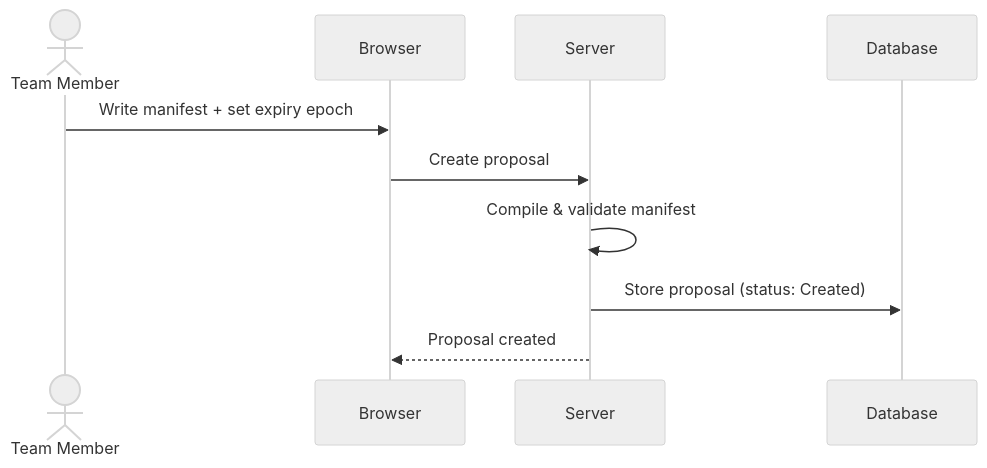
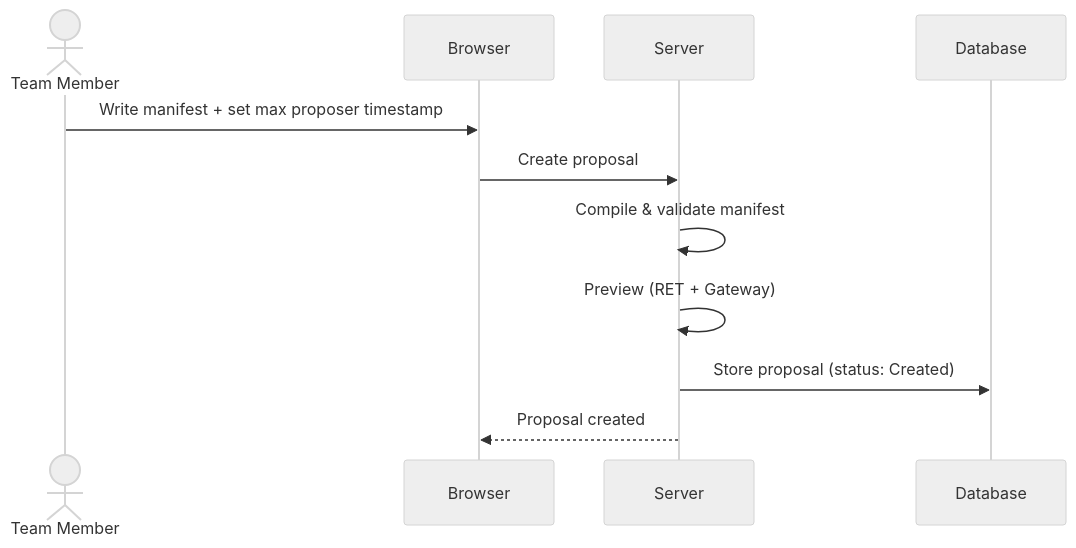
Before and after one commit to xstelea/radix-vaults: the fourth of 8 diagrams in docs/PRODUCT_SCOPE.md, drawn with Mermaid (neutral theme). The commit also changed other lines of this file and 1 other file, not shown here.

````diff
--- a/docs/PRODUCT_SCOPE.md
+++ b/docs/PRODUCT_SCOPE.md
@@ -203,13 +198,14 @@
 ```mermaid
 sequenceDiagram
     actor U as Team Member
     participant B as Browser
     participant S as Server
     participant DB as Database
 
-    U->>B: Write manifest + set expiry epoch
+    U->>B: Write manifest + set max proposer timestamp
     B->>S: Create proposal
     S->>S: Compile & validate manifest
+    S->>S: Preview (RET + Gateway)
     S->>DB: Store proposal (status: Created)
     S-->>B: Proposal created
 ```
````
